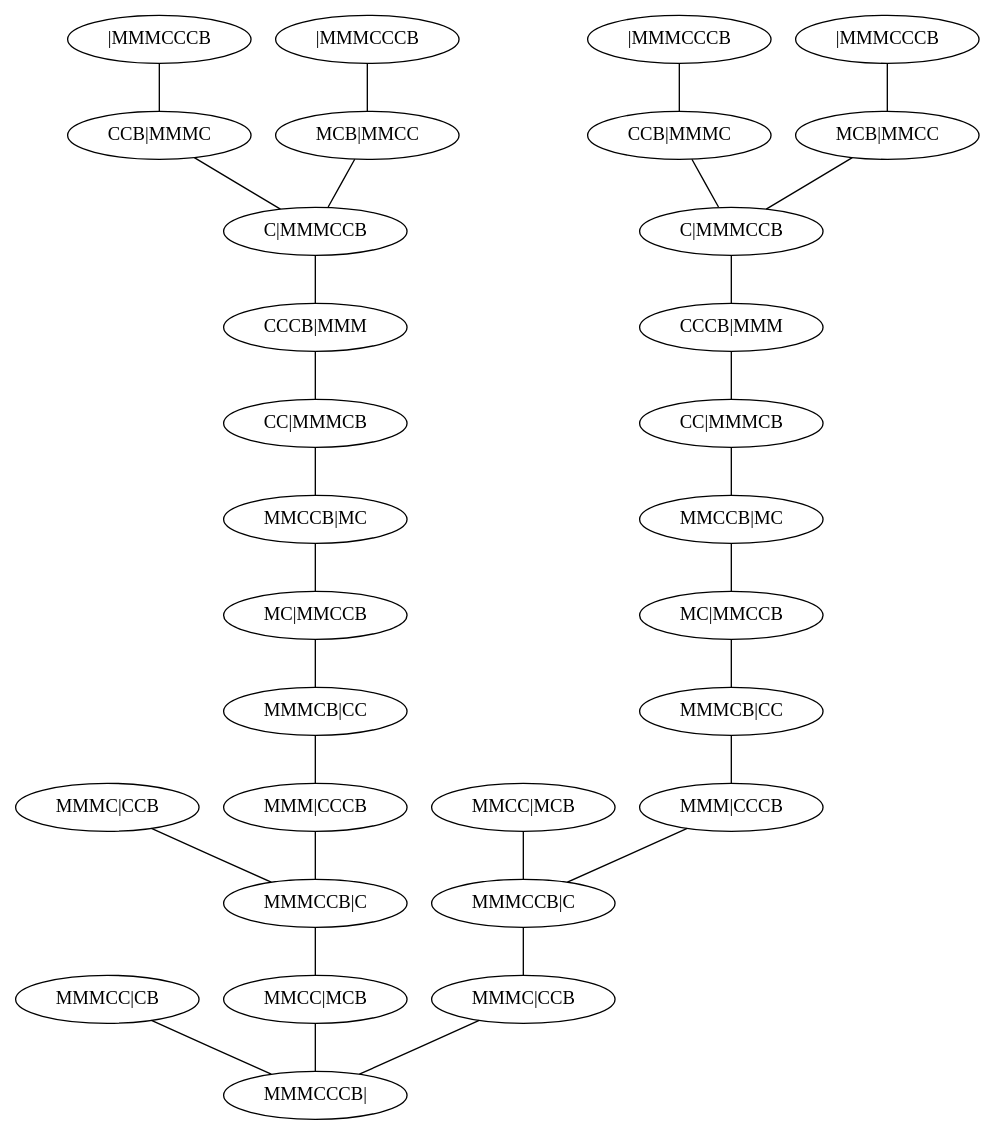
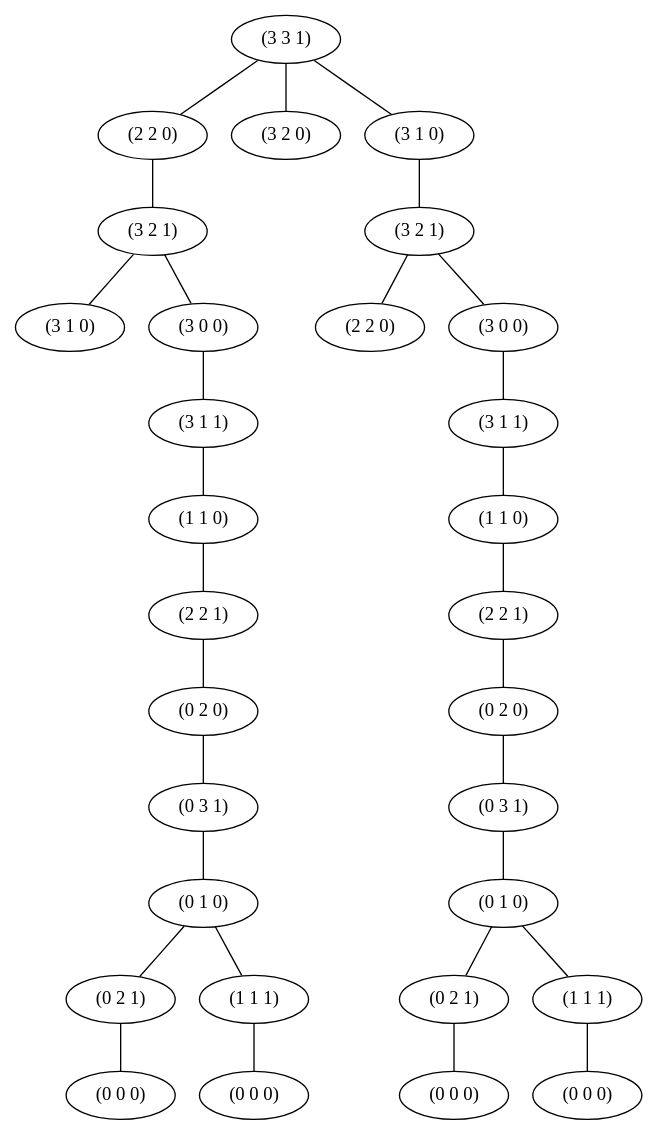
The diagram in graph.dot (mdamien/lisp), drawn with Graphviz before and after one commit. The commit also changed 3 other files, not shown here.

Commit message:
graph ok

```diff
--- a/graph.dot
+++ b/graph.dot
@@ -1,62 +1,62 @@
 strict graph  {
 	node [label="\N"];
-	140727769372944	 [label="MMMCCCB|"];
-	14885136	 [label="MMMCC|CB"];
-	14885136 -- 140727769372944;
-	14885264	 [label="MMCC|MCB"];
-	14885264 -- 140727769372944;
-	14885200	 [label="MMMCCB|C"];
-	14885200 -- 14885264;
-	14885392	 [label="MMMC|CCB"];
-	14885392 -- 14885200;
-	14885584	 [label="MMM|CCCB"];
-	14885584 -- 14885200;
-	14885776	 [label="MMMCB|CC"];
-	14885776 -- 14885584;
-	14885904	 [label="MC|MMCCB"];
-	14885904 -- 14885776;
-	14886032	 [label="MMCCB|MC"];
-	14886032 -- 14885904;
-	14886160	 [label="CC|MMMCB"];
-	14886160 -- 14886032;
-	14886288	 [label="CCCB|MMM"];
-	14886288 -- 14886160;
-	14886352	 [label="C|MMMCCB"];
-	14886352 -- 14886288;
-	14886480	 [label="CCB|MMMC"];
-	14886480 -- 14886352;
-	14886800	 [label="|MMMCCCB"];
-	14886800 -- 14886480;
-	14886544	 [label="MCB|MMCC"];
-	14886544 -- 14886352;
-	14886736	 [label="|MMMCCCB"];
-	14886736 -- 14886544;
-	14885328	 [label="MMMC|CCB"];
-	14885328 -- 140727769372944;
-	14885456	 [label="MMMCCB|C"];
-	14885456 -- 14885328;
-	14885648	 [label="MMCC|MCB"];
-	14885648 -- 14885456;
-	14885520	 [label="MMM|CCCB"];
-	14885520 -- 14885456;
-	14885840	 [label="MMMCB|CC"];
-	14885840 -- 14885520;
-	14885712	 [label="MC|MMCCB"];
-	14885712 -- 14885840;
-	14885968	 [label="MMCCB|MC"];
-	14885968 -- 14885712;
-	14886096	 [label="CC|MMMCB"];
-	14886096 -- 14885968;
-	14886224	 [label="CCCB|MMM"];
-	14886224 -- 14886096;
-	14886416	 [label="C|MMMCCB"];
-	14886416 -- 14886224;
-	14886672	 [label="CCB|MMMC"];
-	14886672 -- 14886416;
-	14886864	 [label="|MMMCCCB"];
-	14886864 -- 14886672;
-	14886608	 [label="MCB|MMCC"];
-	14886608 -- 14886416;
-	14886928	 [label="|MMMCCCB"];
-	14886928 -- 14886608;
+	140378351143184	 [label="(3 3 1)"];
+	39096720	 [label="(2 2 0)"];
+	140378351143184 -- 39096720;
+	39096592	 [label="(3 2 0)"];
+	140378351143184 -- 39096592;
+	39096784	 [label="(3 1 0)"];
+	140378351143184 -- 39096784;
+	39096656	 [label="(3 2 1)"];
+	39096720 -- 39096656;
+	39096848	 [label="(3 1 0)"];
+	39096656 -- 39096848;
+	39097040	 [label="(3 0 0)"];
+	39096656 -- 39097040;
+	39097232	 [label="(3 1 1)"];
+	39097040 -- 39097232;
+	39097360	 [label="(1 1 0)"];
+	39097232 -- 39097360;
+	39097488	 [label="(2 2 1)"];
+	39097360 -- 39097488;
+	39097616	 [label="(0 2 0)"];
+	39097488 -- 39097616;
+	39097744	 [label="(0 3 1)"];
+	39097616 -- 39097744;
+	39097808	 [label="(0 1 0)"];
+	39097744 -- 39097808;
+	39097936	 [label="(0 2 1)"];
+	39097808 -- 39097936;
+	39098000	 [label="(1 1 1)"];
+	39097808 -- 39098000;
+	39098256	 [label="(0 0 0)"];
+	39097936 -- 39098256;
+	39098192	 [label="(0 0 0)"];
+	39098000 -- 39098192;
+	39096912	 [label="(3 2 1)"];
+	39096784 -- 39096912;
+	39097104	 [label="(2 2 0)"];
+	39096912 -- 39097104;
+	39096976	 [label="(3 0 0)"];
+	39096912 -- 39096976;
+	39097296	 [label="(3 1 1)"];
+	39096976 -- 39097296;
+	39097168	 [label="(1 1 0)"];
+	39097296 -- 39097168;
+	39097424	 [label="(2 2 1)"];
+	39097168 -- 39097424;
+	39097552	 [label="(0 2 0)"];
+	39097424 -- 39097552;
+	39097680	 [label="(0 3 1)"];
+	39097552 -- 39097680;
+	39097872	 [label="(0 1 0)"];
+	39097680 -- 39097872;
+	39098128	 [label="(0 2 1)"];
+	39097872 -- 39098128;
+	39098064	 [label="(1 1 1)"];
+	39097872 -- 39098064;
+	39098320	 [label="(0 0 0)"];
+	39098128 -- 39098320;
+	39098384	 [label="(0 0 0)"];
+	39098064 -- 39098384;
 }
```
